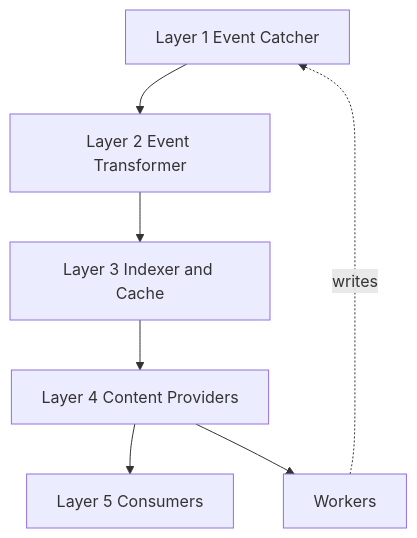
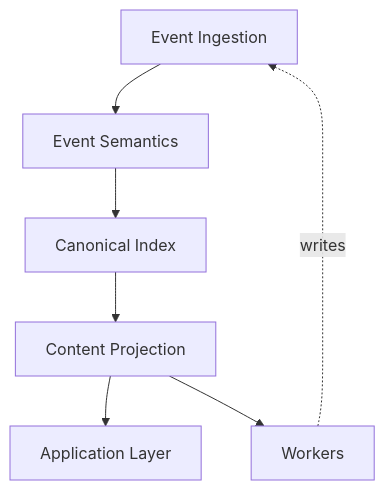
One commit to mlao-pdx/obsidian-plugin changed the first of 4 diagrams in docs/spec/12-architecture.md. Above: the diagram before and after it, drawn with Mermaid. The commit also changed other lines of this file and 4 other files, not shown here.

First line of the commit message:
chore: extend decision records and normalize architectural nomenclature

````diff
--- a/docs/spec/12-architecture.md
+++ b/docs/spec/12-architecture.md
@@ -8,9 +8,9 @@
 ```mermaid
 flowchart TB
-    L1[Layer 1 Event Catcher] --> L2[Layer 2 Event Transformer]
-    L2 --> L3[Layer 3 Indexer and Cache]
-    L3 --> L4[Layer 4 Content Providers]
-    L4 --> L5[Layer 5 Consumers]
+    L1[Event Ingestion] --> L2[Event Semantics]
+    L2 --> L3[Canonical Index]
+    L3 --> L4[Content Projection]
+    L4 --> L5[Application Layer]
     L4 --> W[Workers]
     W -.writes.-> L1
 ```
````
